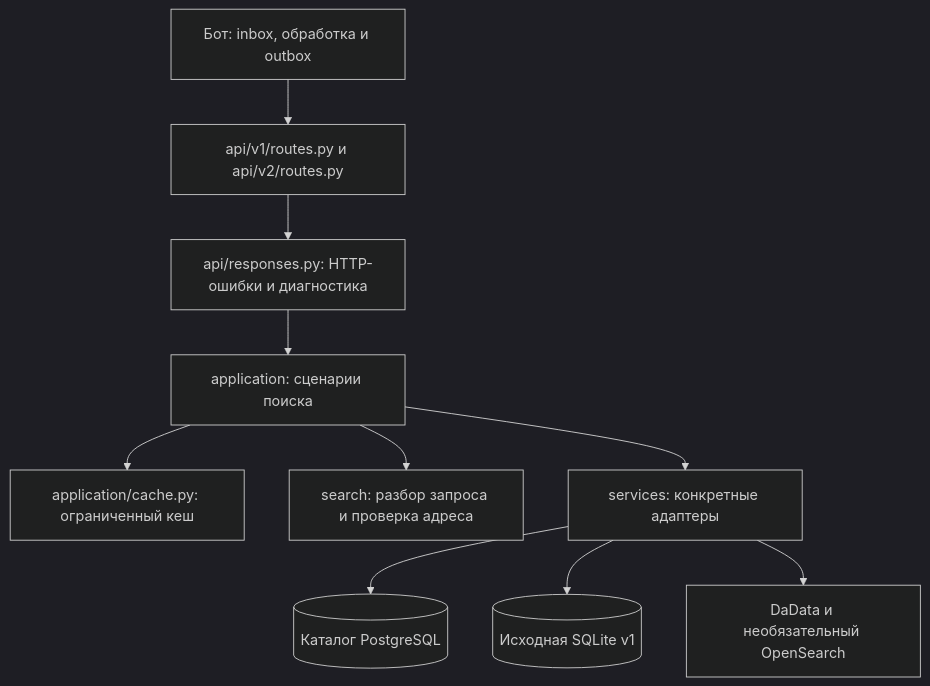
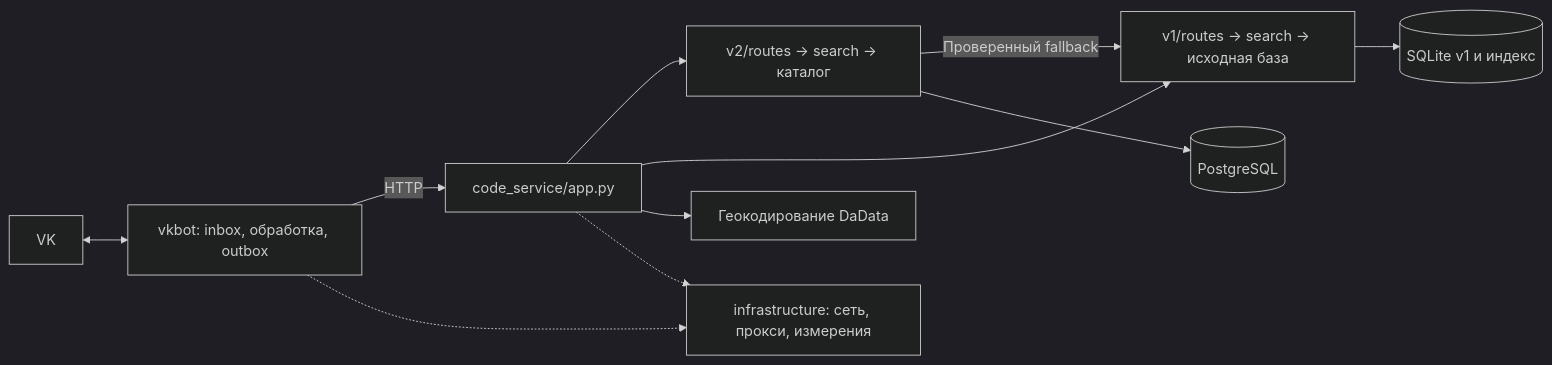
One commit to omkality/domofomka changed the diagram in docs/architecture.md. Above: the diagram before and after it, drawn with Mermaid (dark theme). The commit also changed other lines of this file and 19 other files, not shown here.

````diff
--- a/docs/architecture.md
+++ b/docs/architecture.md
@@ -6,12 +6,13 @@
 ```mermaid
-flowchart TD
-    BOT[Бот: inbox, обработка и outbox] --> HTTP[api/v1/routes.py и api/v2/routes.py]
-    HTTP --> RESP[api/responses.py: HTTP-ошибки и диагностика]
-    RESP --> APP[application: сценарии поиска]
-    APP --> CACHE[application/cache.py: ограниченный кеш]
-    APP --> RULES[search: разбор запроса и проверка адреса]
-    APP --> ADAPTERS[services: конкретные адаптеры]
-    ADAPTERS --> PG[(Каталог PostgreSQL)]
-    ADAPTERS --> SQLITE[(Исходная SQLite v1)]
-    ADAPTERS --> EXT[DaData и необязательный OpenSearch]
+flowchart LR
+    VK[VK] <--> BOT[vkbot: inbox, обработка, outbox]
+    BOT -->|HTTP| APP[code_service/app.py]
+    APP --> V2[v2/routes → search → каталог]
+    APP --> V1[v1/routes → search → исходная база]
+    V2 -->|Проверенный fallback| V1
+    V2 --> PG[(PostgreSQL)]
+    V1 --> DB[(SQLite v1 и индекс)]
+    APP --> GEO[Геокодирование DaData]
+    BOT -.-> INFRA[infrastructure: сеть, прокси, измерения]
+    APP -.-> INFRA
 ```
````
